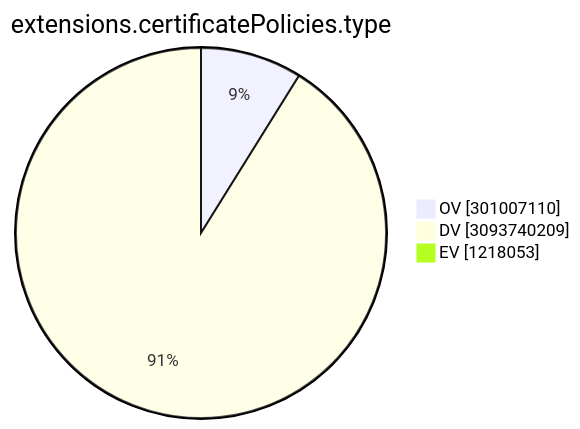
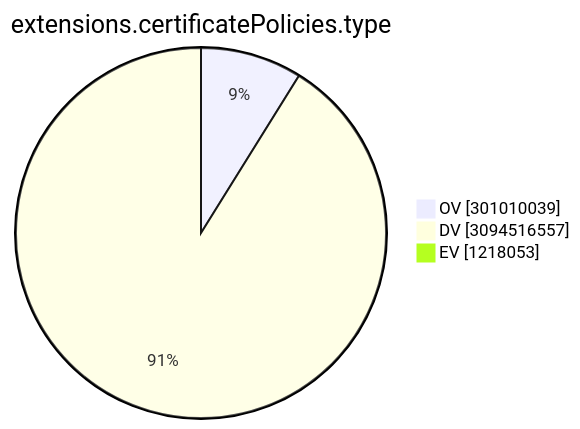
Before and after one commit to christiankrug/ctmonitor_visualization: the ninth of 15 diagrams in TOTAL/README.md, drawn with Mermaid. The commit also changed other lines of this file, not shown here.

````diff
--- a/TOTAL/README.md
+++ b/TOTAL/README.md
@@ -3103,7 +3103,7 @@
 ```mermaid
 pie showData
 title extensions.certificatePolicies.type
-"OV" :301007110
-"DV" :3093740209
+"OV" :301010039
+"DV" :3094516557
 "EV" :1218053
 ```
````
